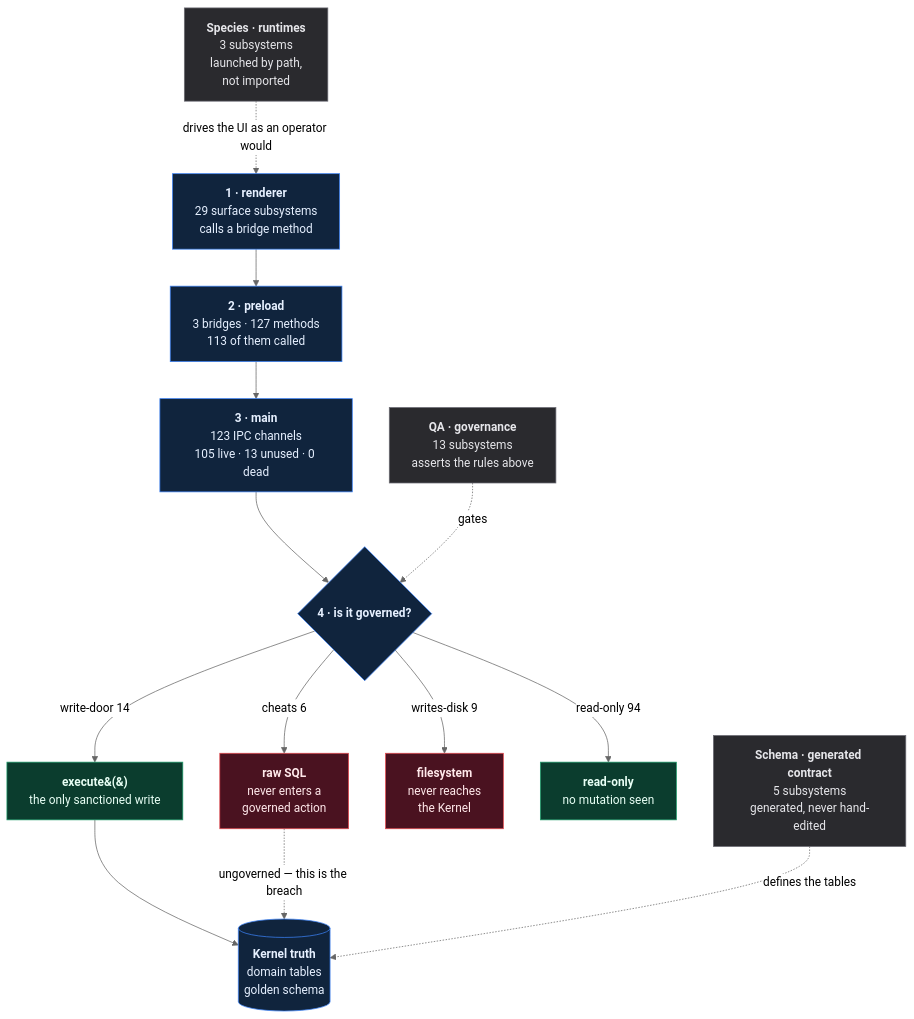
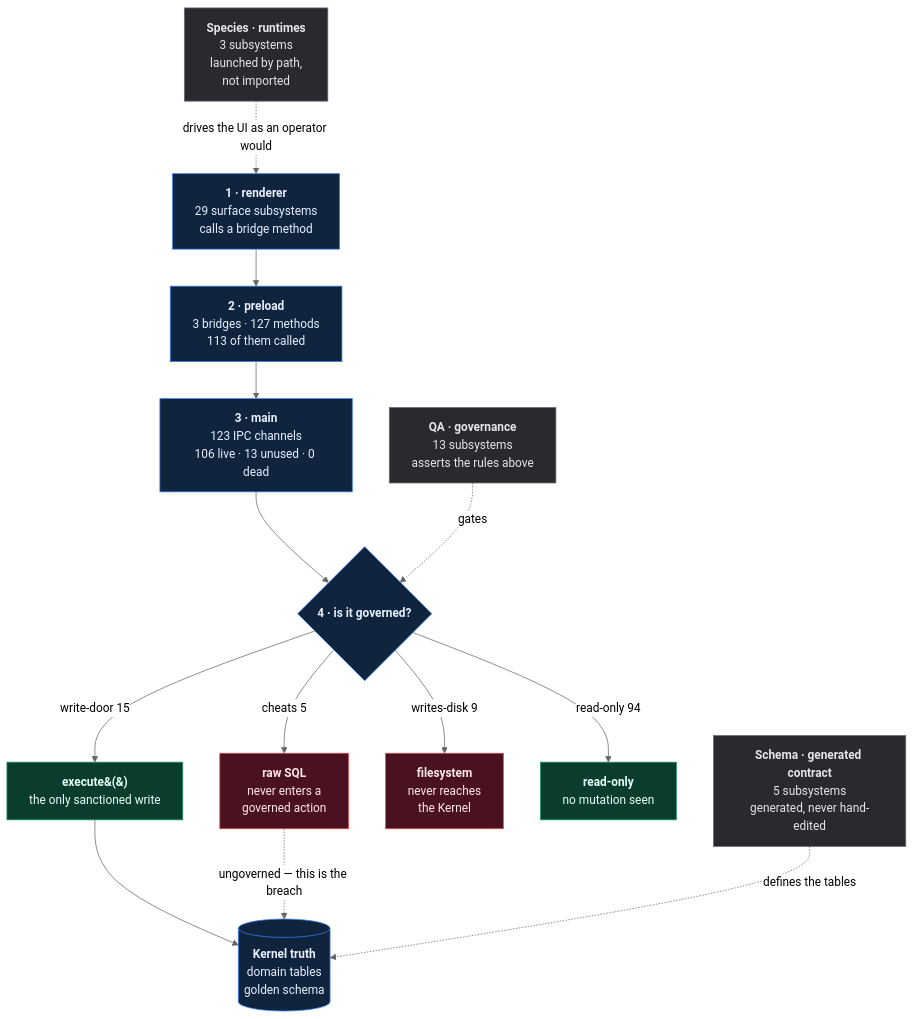
The diagram in qf-atlas/ATLAS.md (SidNig21/QuantFlow-Ontology), drawn with Mermaid (neutral theme) before and after one commit. The commit also changed other lines of this file and 13 other files, not shown here.

````diff
--- a/qf-atlas/ATLAS.md
+++ b/qf-atlas/ATLAS.md
@@ -32,36 +32,36 @@
 ```mermaid
 flowchart TD
   R["<b>1 · renderer</b><br/>29 surface subsystems<br/>calls a bridge method"]
   P["<b>2 · preload</b><br/>3 bridges · 127 methods<br/>113 of them called"]
-  M["<b>3 · main</b><br/>123 IPC channels<br/>105 live · 13 unused · 0 dead"]
+  M["<b>3 · main</b><br/>123 IPC channels<br/>106 live · 13 unused · 0 dead"]
   H{"<b>4 · is it governed?</b>"}
   E["<b>execute&#40;&#41;</b><br/>the only sanctioned write"]
   DB[("<b>Kernel truth</b><br/>domain tables<br/>golden schema")]
 
   R --> P --> M --> H
-  H -->|"write-door 14"| E
+  H -->|"write-door 15"| E
   E --> DB
   X["<b>raw SQL</b><br/>never enters a<br/>governed action"]
-  H -->|"cheats 6"| X
+  H -->|"cheats 5"| X
   FS["<b>filesystem</b><br/>never reaches<br/>the Kernel"]
   H -->|"writes-disk 9"| FS
   RO["<b>read-only</b><br/>no mutation seen"]
   H -->|"read-only 94"| RO
   X -.->|"ungoverned — this is the breach"| DB
 
   QA["<b>QA · governance</b><br/>13 subsystems<br/>asserts the rules above"]
   SP["<b>Species · runtimes</b><br/>3 subsystems<br/>launched by path,<br/>not imported"]
   SC["<b>Schema · generated contract</b><br/>5 subsystems<br/>generated, never hand-edited"]
   QA -.->|"gates"| H
   SC -.->|"defines the tables"| DB
   SP -.->|"drives the UI as an operator would"| R
 
   classDef good fill:#0b3d2e,stroke:#1f9d6b,color:#e8fff5
   classDef bad fill:#4a1220,stroke:#e5484d,color:#ffe8ea
   classDef gray fill:#2a2a2e,stroke:#6b6b73,color:#e6e6ea
   classDef truth fill:#10243d,stroke:#3b82f6,color:#e6f0ff
   class E,RO good
   class X,FS bad
   class QA,SP,SC gray
   class DB,R,P,M,H truth
 ```
````
